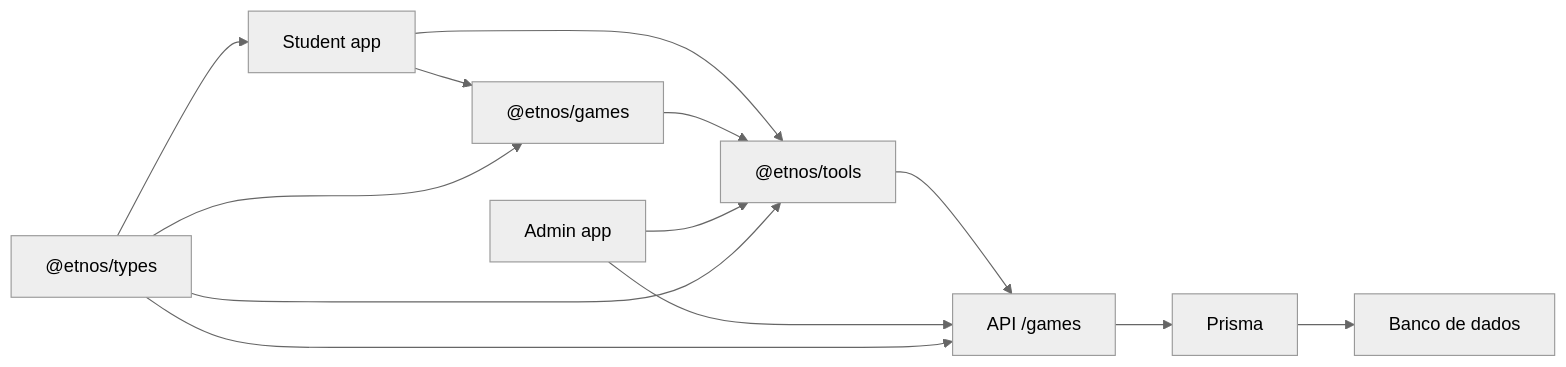
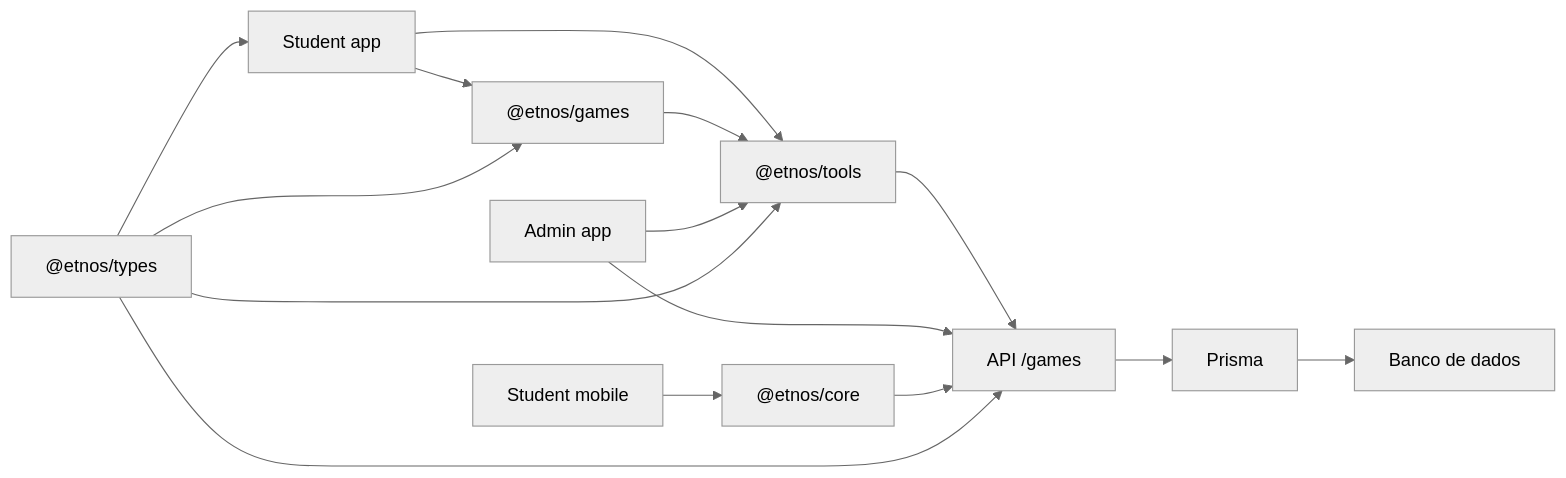
One commit to joaojuniorbr/etnos changed the first of 2 diagrams in docs-site/docs/games-architecture.md. Above: the diagram before and after it, drawn with Mermaid (neutral theme). The commit also changed other lines of this file and 82 other files, not shown here.

````diff
--- a/docs-site/docs/games-architecture.md
+++ b/docs-site/docs/games-architecture.md
@@ -18,15 +19,17 @@
 ```mermaid
 flowchart LR
     A["Student app"] --> B["@etnos/games"]
     A --> C["@etnos/tools"]
     B --> C
     C --> D["API /games"]
     D --> E["Prisma"]
     E --> F["Banco de dados"]
     G["Admin app"] --> C
     G --> D
+    M["Student mobile"] --> I["@etnos/core"]
+    I --> D
     H["@etnos/types"] --> A
     H --> B
     H --> C
     H --> D
 ```
````
